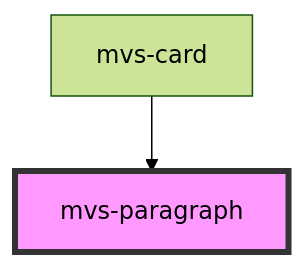
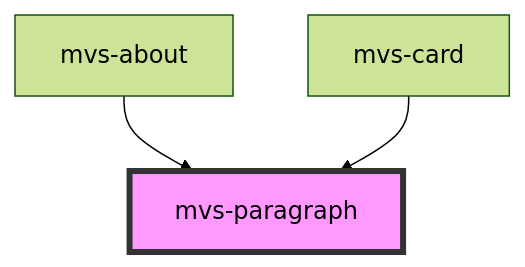
Before and after one commit to rafaela-vairo/mvs-design-system: the diagram in src/components/typography/mvs-paragraph/readme.md, drawn with Mermaid (forest theme). The commit also changed other lines of this file and 16 other files, not shown here.

````diff
--- a/src/components/typography/mvs-paragraph/readme.md
+++ b/src/components/typography/mvs-paragraph/readme.md
@@ -23,5 +24,6 @@
 ```mermaid
 graph TD;
+  mvs-about --> mvs-paragraph
   mvs-card --> mvs-paragraph
   style mvs-paragraph fill:#f9f,stroke:#333,stroke-width:4px
 ```
````
